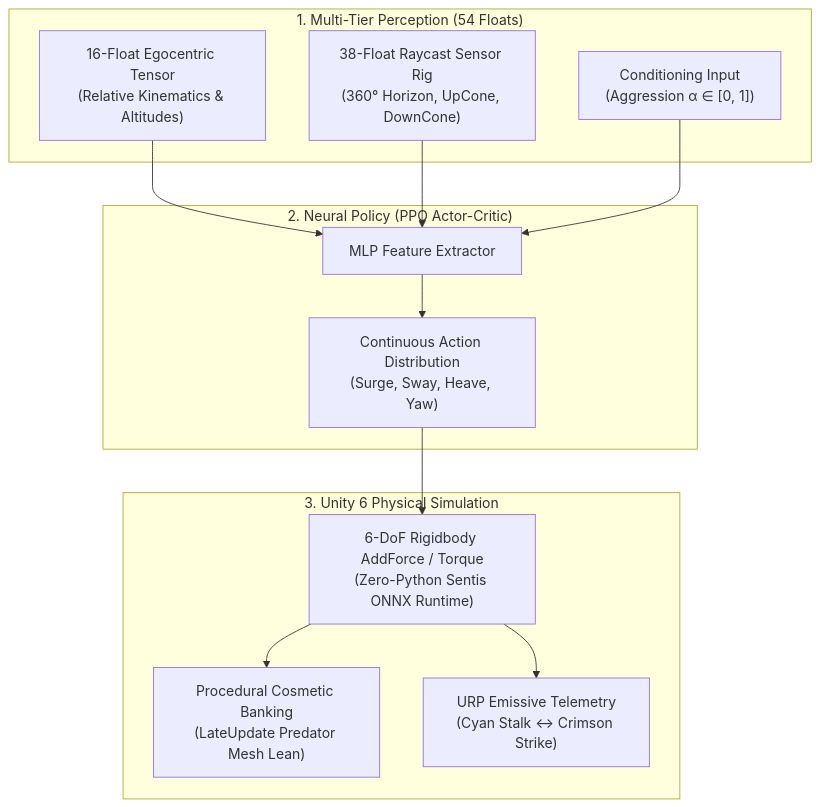
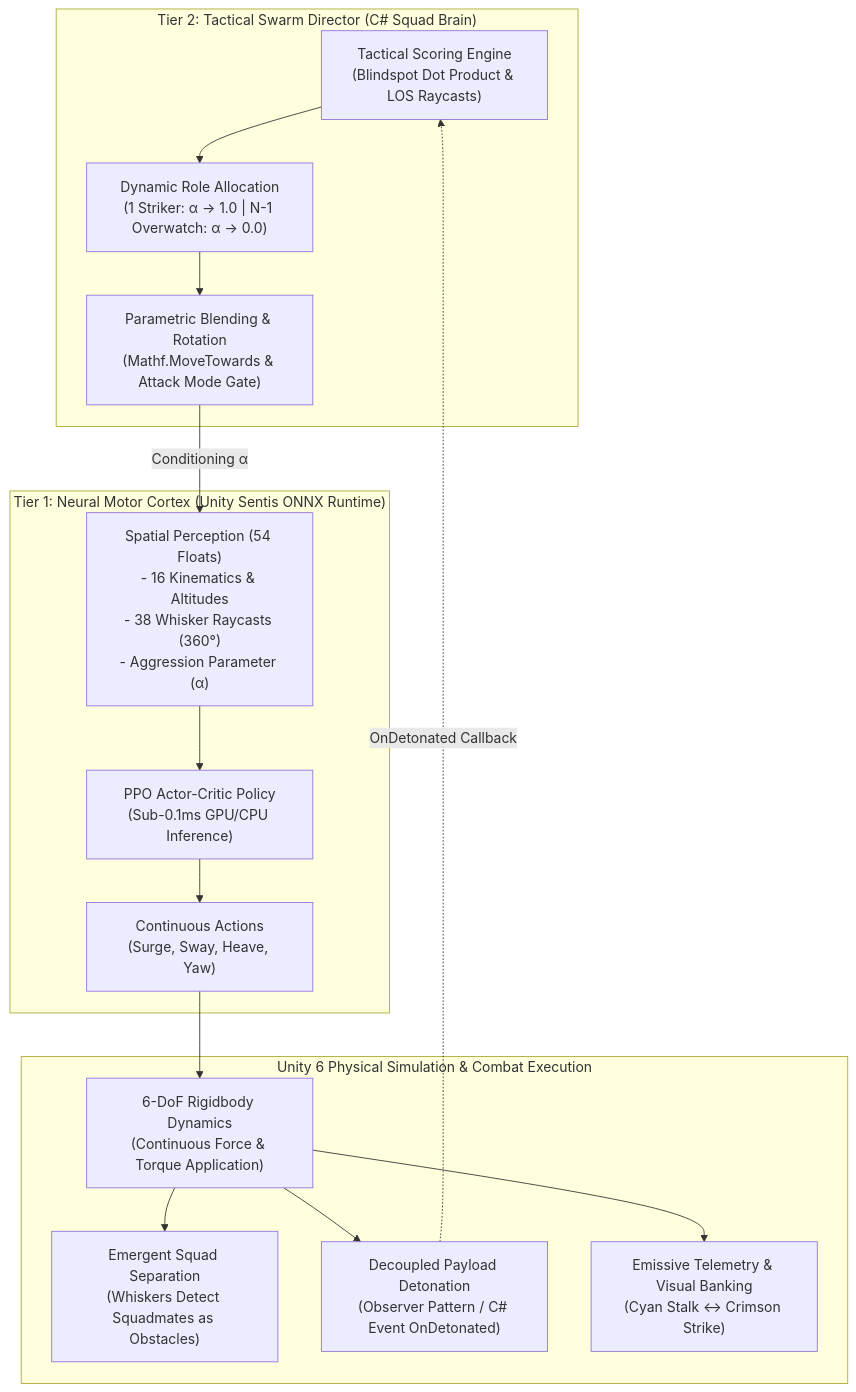
One commit to jeepixd/GeistForge-Engine changed the diagram in README.md. Above: the diagram before and after it, drawn with Mermaid. The commit also changed other lines of this file and 3 other files, not shown here.

Commit message:
Update showcase media and documentation for multi-agent Swarm Director

````diff
--- a/README.md
+++ b/README.md
@@ -19,27 +29,32 @@
 ```mermaid
 flowchart TD
-    subgraph Perception ["1. Multi-Tier Perception (54 Floats)"]
-        A1["16-Float Egocentric Tensor\n(Relative Kinematics & Altitudes)"]
-        A2["38-Float Raycast Sensor Rig\n(360° Horizon, UpCone, DownCone)"]
-        A3["Conditioning Input\n(Aggression α ∈ [0, 1])"]
+    subgraph Tier2 ["Tier 2: Tactical Swarm Director (C# Squad Brain)"]
+        S1["Tactical Scoring Engine\n(Blindspot Dot Product & LOS Raycasts)"]
+        S2["Dynamic Role Allocation\n(1 Striker: α -> 1.0 | N-1 Overwatch: α -> 0.0)"]
+        S3["Parametric Blending & Rotation\n(Mathf.MoveTowards & Attack Mode Gate)"]
     end
 
-    subgraph Policy ["2. Neural Policy (PPO Actor-Critic)"]
-        B1["MLP Feature Extractor"]
-        B2["Continuous Action Distribution\n(Surge, Sway, Heave, Yaw)"]
+    subgraph Tier1 ["Tier 1: Neural Motor Cortex (Unity Sentis ONNX Runtime)"]
+        P1["Spatial Perception (54 Floats)\n- 16 Kinematics & Altitudes\n- 38 Whisker Raycasts (360°)\n- Aggression Parameter (α)"]
+        P2["PPO Actor-Critic Policy\n(Sub-0.1ms GPU/CPU Inference)"]
+        P3["Continuous Actions\n(Surge, Sway, Heave, Yaw)"]
     end
 
-    subgraph Runtime ["3. Unity 6 Physical Simulation"]
-        D1["6-DoF Rigidbody AddForce / Torque\n(Zero-Python Sentis ONNX Runtime)"]
-        D2["Procedural Cosmetic Banking\n(LateUpdate Predator Mesh Lean)"]
-        D3["URP Emissive Telemetry\n(Cyan Stalk ↔ Crimson Strike)"]
+    subgraph Simulation ["Unity 6 Physical Simulation & Combat Execution"]
+        R1["6-DoF Rigidbody Dynamics\n(Continuous Force & Torque Application)"]
+        R2["Emergent Squad Separation\n(Whiskers Detect Squadmates as Obstacles)"]
+        R3["Decoupled Payload Detonation\n(Observer Pattern / C# Event OnDetonated)"]
+        R4["Emissive Telemetry & Visual Banking\n(Cyan Stalk <-> Crimson Strike)"]
     end
 
-    A1 --> B1
-    A2 --> B1
-    A3 --> B1
-    B1 --> B2
-    B2 --> D1
-    D1 --> D2
-    D1 --> D3
+    S1 --> S2
+    S2 --> S3
+    S3 -->|Conditioning α| P1
+    P1 --> P2
+    P2 --> P3
+    P3 --> R1
+    R1 --> R2
+    R1 --> R3
+    R1 --> R4
+    R3 -.->|OnDetonated Callback| S1
 ```
````
